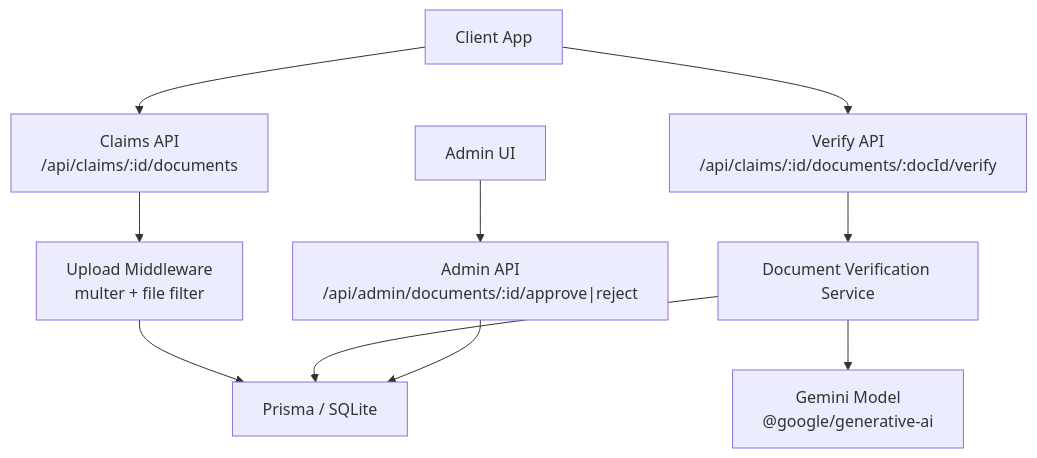
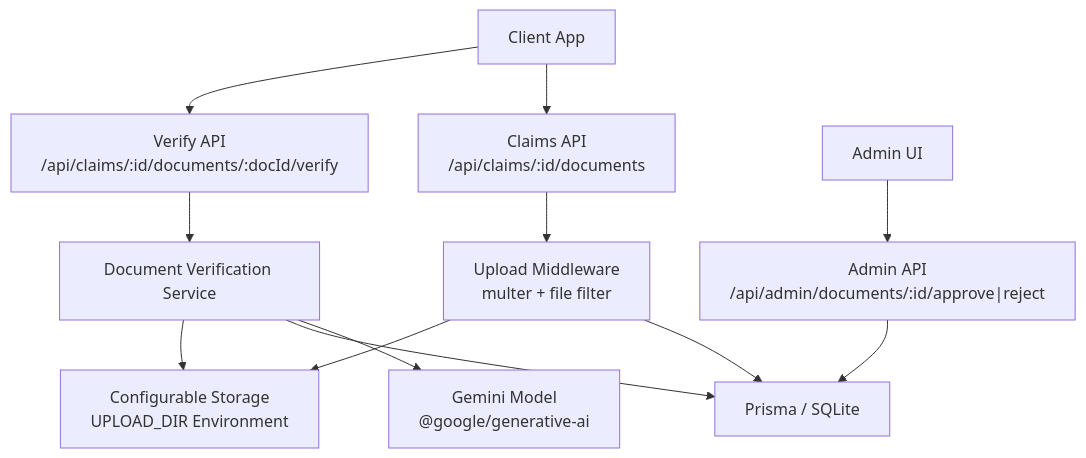
One commit to NaveenHiranya/Smart-Vehicle-Insurance-Claim-System changed the first of 6 diagrams in .qoder/repowiki/en/content/Backend Documentation/Business Logic & Services/Document Verification Service.md. Above: the diagram before and after it, drawn with Mermaid. The commit also changed other lines of this file and 65 other files, not shown here.

````diff
--- a/.qoder/repowiki/en/content/Backend Documentation/Business Logic & Services/Document Verification Service.md
+++ b/.qoder/repowiki/en/content/Backend Documentation/Business Logic & Services/Document Verification Service.md
@@ -33,12 +41,14 @@
 ```mermaid
 graph TB
 Client["Client App"] --> ClaimsAPI["Claims API<br/>/api/claims/:id/documents"]
 Client --> VerifyAPI["Verify API<br/>/api/claims/:id/documents/:docId/verify"]
 Admin["Admin UI"] --> AdminAPI["Admin API<br/>/api/admin/documents/:id/approve|reject"]
 ClaimsAPI --> UploadMW["Upload Middleware<br/>multer + file filter"]
 UploadMW --> DB["Prisma / SQLite"]
 VerifyAPI --> DocSvc["Document Verification Service"]
 DocSvc --> Gemini["Gemini Model<br/>@google/generative-ai"]
 DocSvc --> DB
 AdminAPI --> DB
+DocSvc --> Storage["Configurable Storage<br/>UPLOAD_DIR Environment"]
+UploadMW --> Storage
 ```
````
